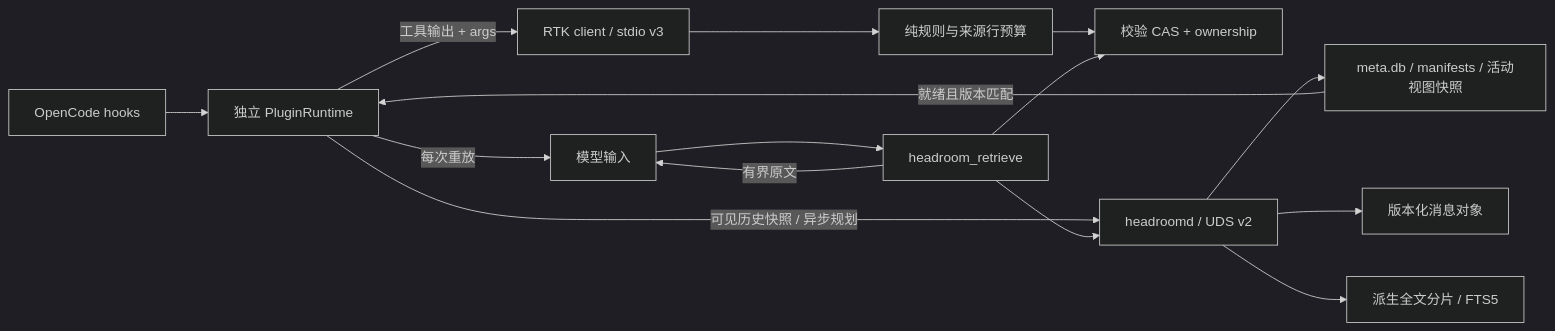
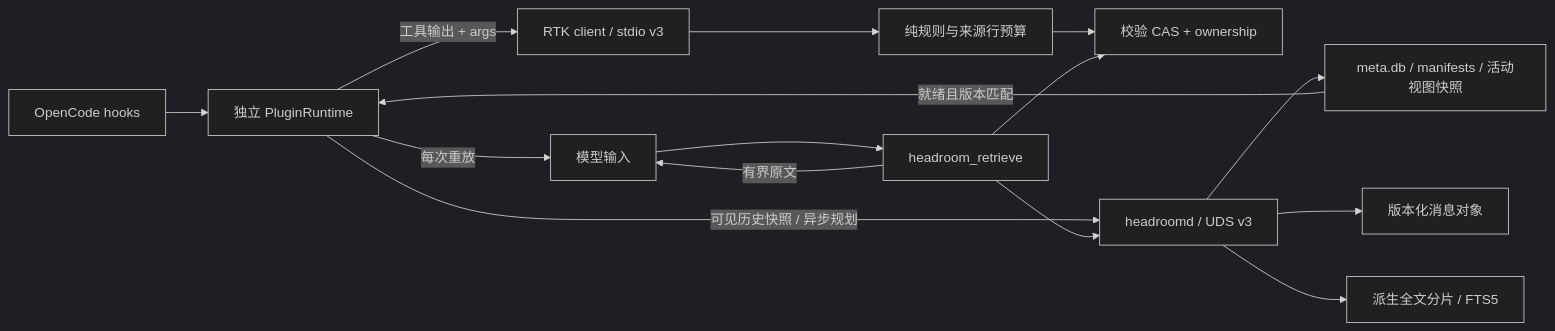
Before and after one commit to EthyleneC2H4/Bluecode: the diagram in docs/architecture.md, drawn with Mermaid (dark theme). The commit also changed other lines of this file and 3 other files, not shown here.

Commit message:
docs: document layered architecture and offline acceptance

````diff
--- a/docs/architecture.md
+++ b/docs/architecture.md
@@ -21,17 +21,17 @@
 ```mermaid
 flowchart LR
   Host[OpenCode hooks] --> Runtime[独立 PluginRuntime]
   Runtime -->|工具输出 + args| RTK[RTK client / stdio v3]
   RTK --> Rules[纯规则与来源行预算]
   Rules --> CAS[校验 CAS + ownership]
-  Runtime -->|可见历史快照 / 异步规划| HR[headroomd / UDS v2]
+  Runtime -->|可见历史快照 / 异步规划| HR[headroomd / UDS v3]
   HR --> Meta[meta.db / manifests / 活动视图快照]
   HR --> Objects[版本化消息对象]
   HR --> Index[派生全文分片 / FTS5]
   Meta -->|就绪且版本匹配| Runtime
   Runtime -->|每次重放| Model[模型输入]
   Model --> Retrieve[headroom_retrieve]
   Retrieve --> CAS
   Retrieve --> HR
   Retrieve -->|有界原文| Model
 ```
````
